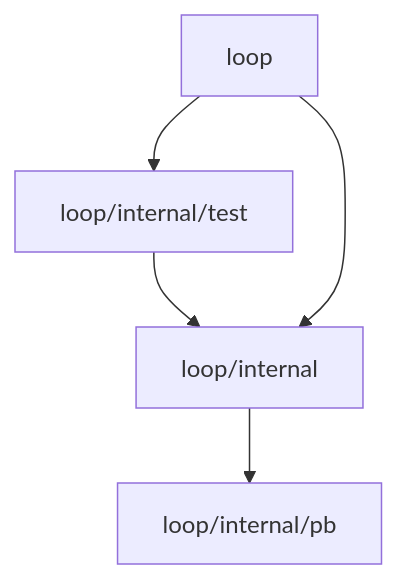
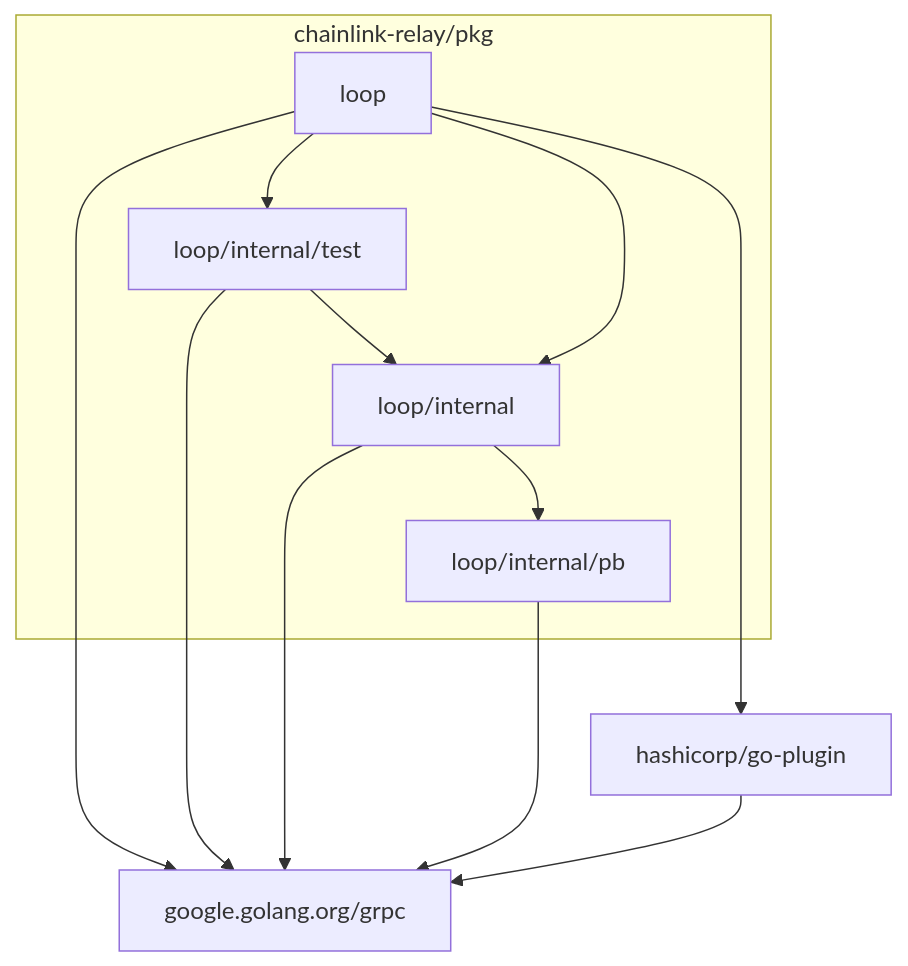
The diagram in pkg/loop/README.md (smartcontractkit/chainlink), drawn with Mermaid before and after one commit. The commit also changed 6 other files, not shown here.

````diff
--- a/pkg/loop/README.md
+++ b/pkg/loop/README.md
@@ -7,13 +7,25 @@
 ```mermaid
 flowchart
-    loop
-    internal[loop/internal]
-    pb[loop/internal/pb]
-    test[loop/internal/test]
+    subgraph chainlink-relay/pkg
+        loop
+        internal[loop/internal]
+        pb[loop/internal/pb]
+        test[loop/internal/test]
 
-    internal --> pb
-    test --> internal
-    loop --> internal
-    loop --> test
+        internal --> pb
+        test --> internal
+        loop --> internal
+        loop --> test
+    end
+    
+    grpc[google.golang.org/grpc]
+    hashicorp[hashicorp/go-plugin]
+
+    loop ---> hashicorp
+    loop ---> grpc
+    test ---> grpc
+    internal ---> grpc
+    pb ---> grpc
+    hashicorp --> grpc
 
 ```
````
